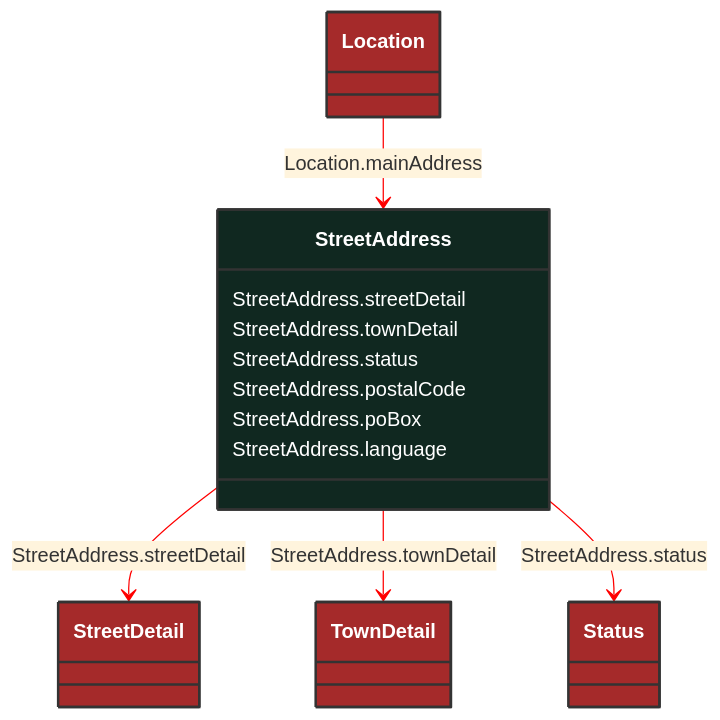
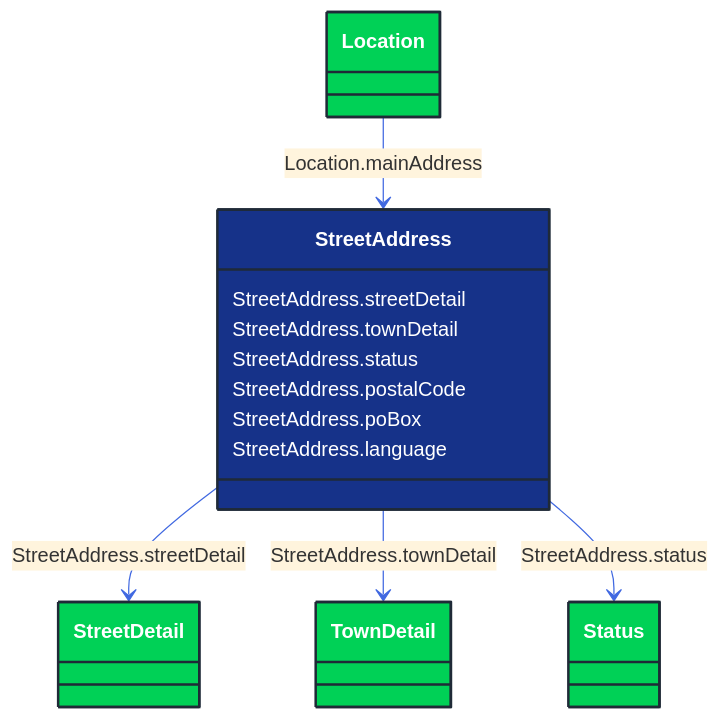
Before and after one commit to 3lbits/NoCIMExtensions: the diagram in docs/Models/Profiles/GeographicalLocation/ConcreteClasses/StreetAddress.md, drawn with Mermaid. The commit also changed 362 other files, not shown here.

First line of the commit message:
Update diagrams and styles for improved visual consistency

````diff
--- a/docs/Models/Profiles/GeographicalLocation/ConcreteClasses/StreetAddress.md
+++ b/docs/Models/Profiles/GeographicalLocation/ConcreteClasses/StreetAddress.md
@@ -8,37 +8,37 @@
 ```mermaid
-%%{init: {'theme':'base','themeVariables': {'lineColor': '#FF0000'}}}%%
+%%{init: {'theme':'base','themeVariables': {'lineColor': '#4169E1'}}}%%
 classDiagram
     class StreetAddress
     click StreetAddress href "/Models/Profiles/GeographicalLocation/ConcreteClasses/StreetAddress/"
-    style StreetAddress fill:#102820,stroke:#333,stroke-width:2px,rx:10,ry:10,color:white
+    style StreetAddress fill:#163289,stroke:#1F2A37,stroke-width:2px,rx:10,ry:10,color:white
 
         StreetAddress --> StreetDetail : StreetAddress.streetDetail
 
         StreetDetail
             click StreetDetail href "/Models/Profiles/GeographicalLocation/ConcreteClasses/StreetDetail/"
-            style StreetDetail fill:#A52A2A,stroke:#333,stroke-width:2px,rx:10,ry:10,color:white
+            style StreetDetail fill:#00D156,stroke:#1F2A37,stroke-width:2px,rx:10,ry:10,color:white
         StreetAddress --> TownDetail : StreetAddress.townDetail
 
         TownDetail
             click TownDetail href "/Models/Profiles/GeographicalLocation/ConcreteClasses/TownDetail/"
-            style TownDetail fill:#A52A2A,stroke:#333,stroke-width:2px,rx:10,ry:10,color:white
+            style TownDetail fill:#00D156,stroke:#1F2A37,stroke-width:2px,rx:10,ry:10,color:white
         StreetAddress --> Status : StreetAddress.status
 
         Status
             click Status href "/Models/Profiles/GeographicalLocation/ConcreteClasses/Status/"
-            style Status fill:#A52A2A,stroke:#333,stroke-width:2px,rx:10,ry:10,color:white
+            style Status fill:#00D156,stroke:#1F2A37,stroke-width:2px,rx:10,ry:10,color:white
 
         Location --> StreetAddress : Location.mainAddress
 
         Location
             click Location href "/Models/Profiles/GeographicalLocation/ConcreteClasses/Location/"
-            style Location fill:#A52A2A,stroke:#333,stroke-width:2px,rx:10,ry:10,color:white
+            style Location fill:#00D156,stroke:#1F2A37,stroke-width:2px,rx:10,ry:10,color:white
 
 
         StreetAddress : StreetAddress.streetDetail
         StreetAddress : StreetAddress.townDetail
         StreetAddress : StreetAddress.status
         StreetAddress : StreetAddress.postalCode
         StreetAddress : StreetAddress.poBox
         StreetAddress : StreetAddress.language
 ```
````
